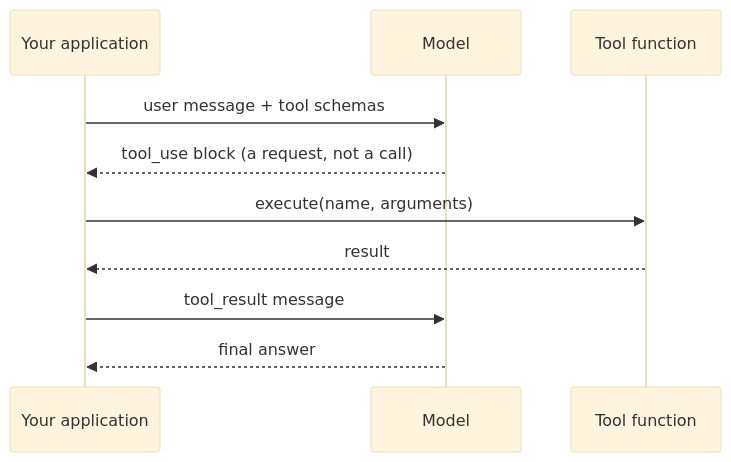
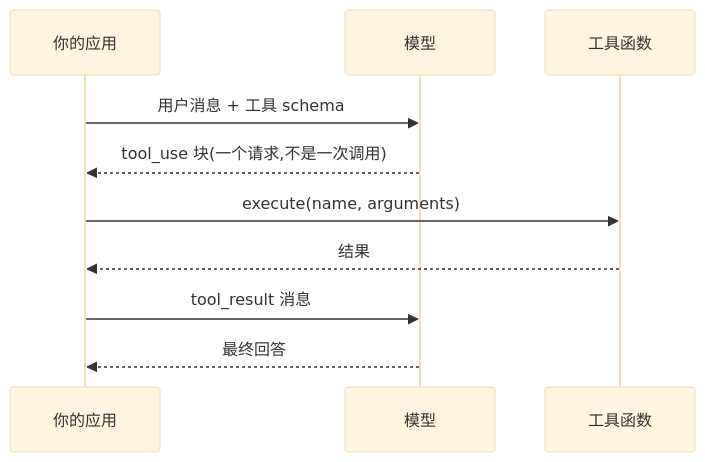
One commit to ocxers/agentic-ai-system-course-zh changed the diagram in course-zh/01-function-calling.md. Above: the diagram before and after it, drawn with Mermaid (base theme). The commit also changed 14 other files, not shown here.

````diff
--- a/course-zh/01-function-calling.md
+++ b/course-zh/01-function-calling.md
@@ -29,13 +29,13 @@
 ```mermaid
 sequenceDiagram
-    participant App as Your application
-    participant LLM as Model
-    participant Tool as Tool function
+    participant App as 你的应用
+    participant LLM as 模型
+    participant Tool as 工具函数
 
-    App->>LLM: user message + tool schemas
-    LLM-->>App: tool_use block (a request, not a call)
+    App->>LLM: 用户消息 + 工具 schema
+    LLM-->>App: tool_use 块(一个请求,不是一次调用)
     App->>Tool: execute(name, arguments)
-    Tool-->>App: result
-    App->>LLM: tool_result message
-    LLM-->>App: final answer
+    Tool-->>App: 结果
+    App->>LLM: tool_result 消息
+    LLM-->>App: 最终回答
 ```
````
